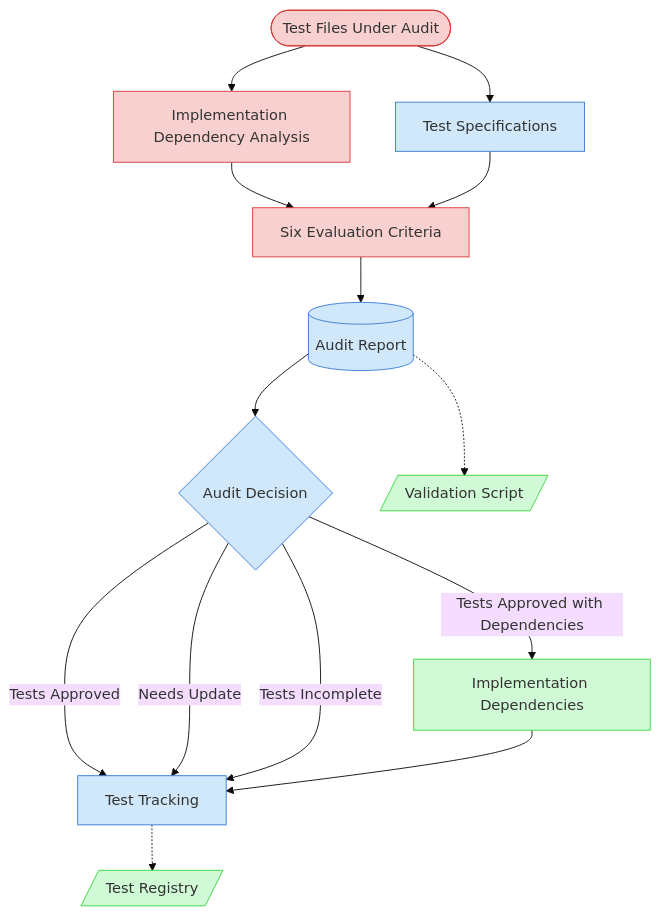
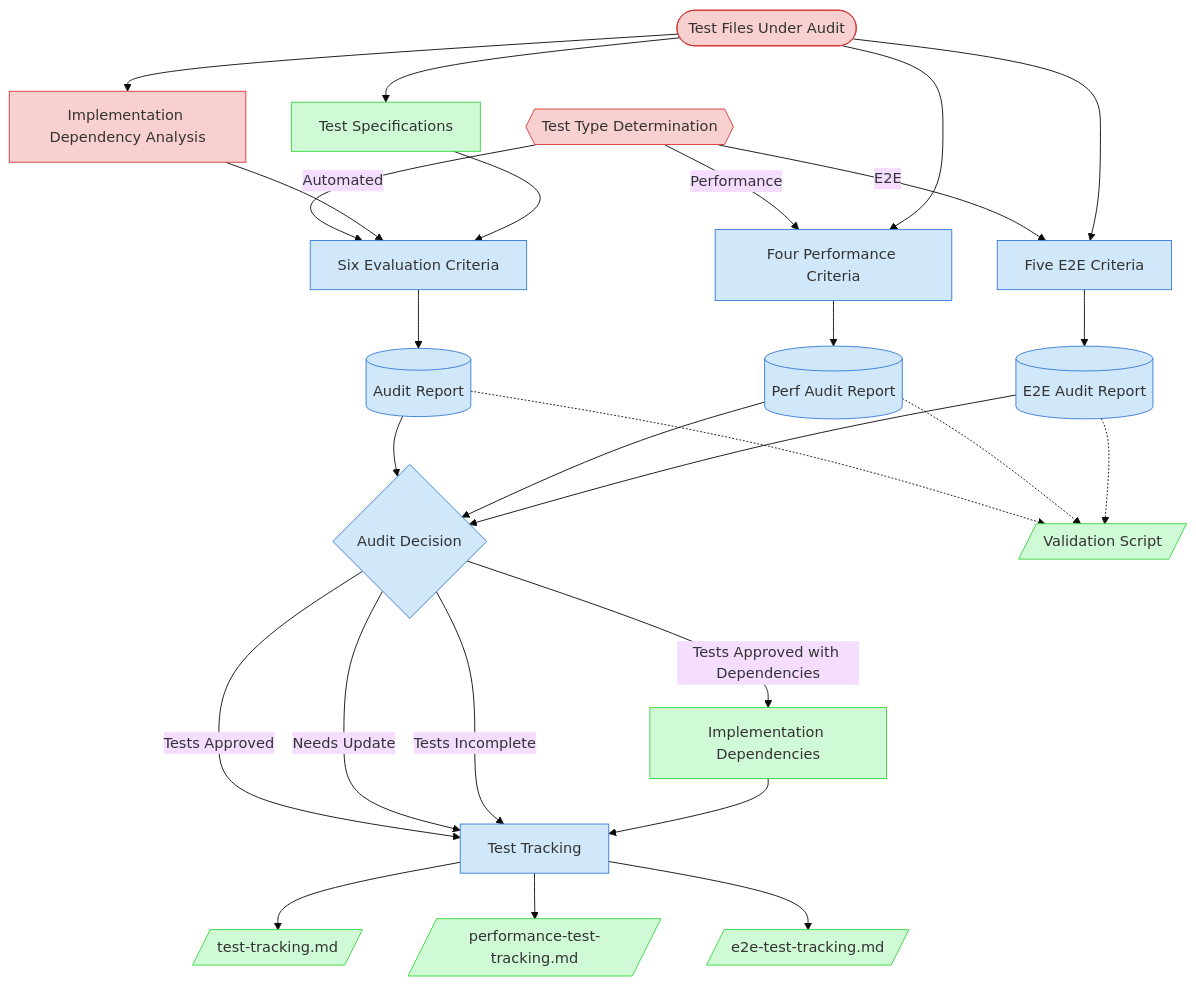
Before and after one commit to Abtomation/LinkWatcher: the diagram in process-framework/visualization/context-maps/03-testing/test-audit-map.md, drawn with Mermaid (base theme). The commit also changed other lines of this file and 354 other files, not shown here.

````diff
--- a/process-framework/visualization/context-maps/03-testing/test-audit-map.md
+++ b/process-framework/visualization/context-maps/03-testing/test-audit-map.md
@@ -17,24 +17,43 @@
 ```mermaid
 graph TD
     classDef critical fill:#f9d0d0,stroke:#d83a3a
     classDef important fill:#d0e8f9,stroke:#3a7bd8
     classDef reference fill:#d0f9d5,stroke:#3ad83f
 
+    TestType{{Test Type Determination}} --> |Automated| AutoCriteria[Six Evaluation Criteria]
+    TestType --> |Performance| PerfCriteria[Four Performance Criteria]
+    TestType --> |E2E| E2ECriteria[Five E2E Criteria]
+
     TestFiles([Test Files Under Audit]) --> DepAnalysis[Implementation Dependency Analysis]
     TestFiles --> TestSpecs[Test Specifications]
-    DepAnalysis --> AuditCriteria[Six Evaluation Criteria]
-    TestSpecs --> AuditCriteria
-    AuditCriteria --> AuditReport[(Audit Report)]
+    DepAnalysis --> AutoCriteria
+    TestSpecs --> AutoCriteria
+    TestFiles --> PerfCriteria
+    TestFiles --> E2ECriteria
+
+    AutoCriteria --> AuditReport[(Audit Report)]
+    PerfCriteria --> PerfReport[(Perf Audit Report)]
+    E2ECriteria --> E2EReport[(E2E Audit Report)]
+
     AuditReport --> AuditDecision{Audit Decision}
+    PerfReport --> AuditDecision
+    E2EReport --> AuditDecision
+
     AuditDecision --> |Tests Approved| TrackingUpdate[Test Tracking]
     AuditDecision --> |Tests Approved with Dependencies| DepTracking[Implementation Dependencies]
     AuditDecision --> |Needs Update| TrackingUpdate
     AuditDecision --> |Tests Incomplete| TrackingUpdate
     DepTracking --> TrackingUpdate
-    TrackingUpdate -.-> TestRegistry[/Test Registry/]
+
+    TrackingUpdate --> AutoTracking[/test-tracking.md/]
+    TrackingUpdate --> PerfTracking[/performance-test-tracking.md/]
+    TrackingUpdate --> E2ETracking[/e2e-test-tracking.md/]
+
     AuditReport -.-> ValidationScript[/Validation Script/]
+    PerfReport -.-> ValidationScript
+    E2EReport -.-> ValidationScript
 
-    class TestFiles,DepAnalysis,AuditCriteria critical
-    class TestSpecs,AuditReport,AuditDecision,TrackingUpdate important
-    class DepTracking,TestRegistry,ValidationScript reference
+    class TestType,TestFiles,DepAnalysis critical
+    class AutoCriteria,PerfCriteria,E2ECriteria,AuditReport,PerfReport,E2EReport,AuditDecision,TrackingUpdate important
+    class DepTracking,AutoTracking,PerfTracking,E2ETracking,TestSpecs,ValidationScript reference
 ```
````
